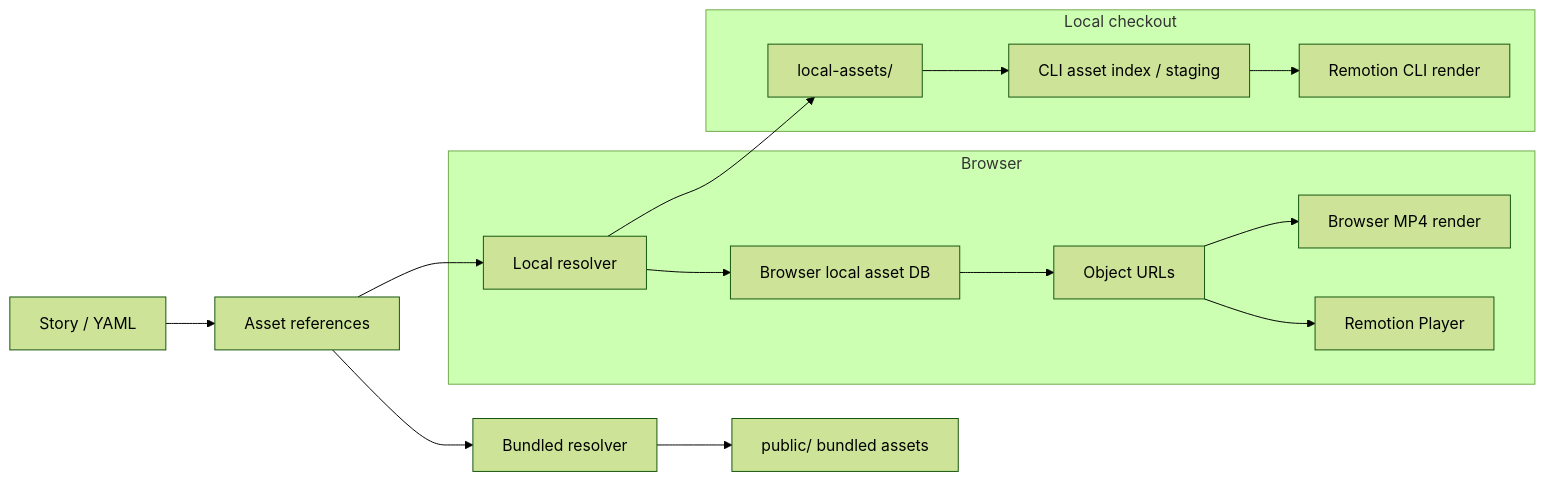
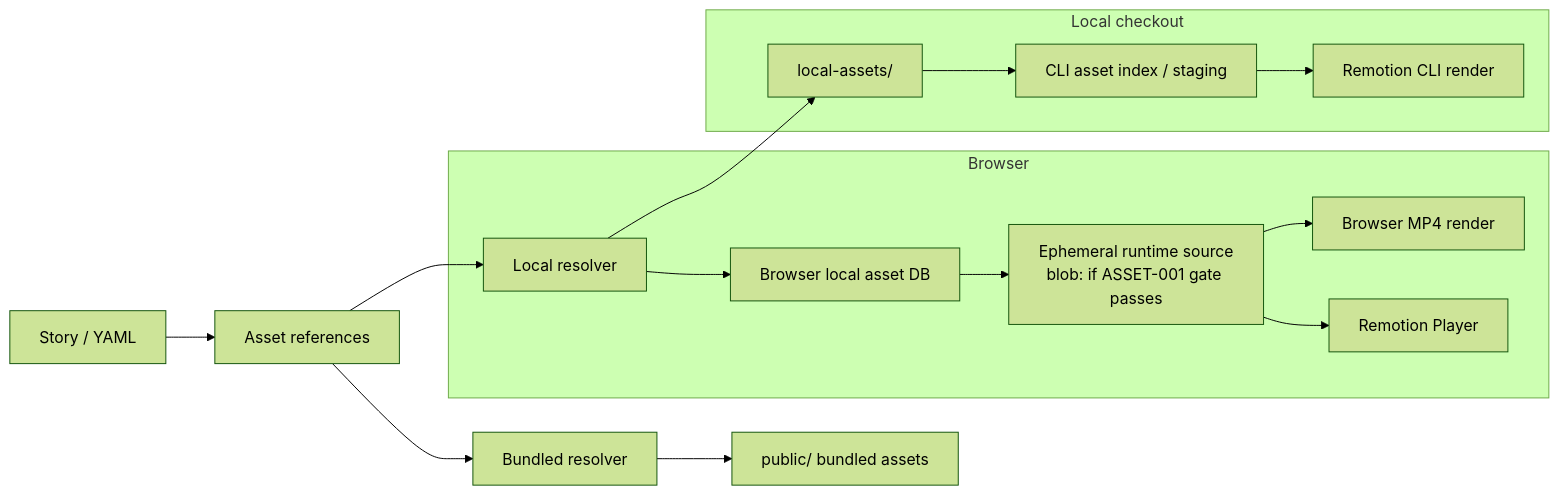
One commit to juanse-dev/tora-video-engine changed the diagram in docs/assets/README.md. Above: the diagram before and after it, drawn with Mermaid (forest theme). The commit also changed other lines of this file, not shown here.

Commit message:
docs: make browser asset transport gate-dependent

```diff
--- a/docs/assets/README.md
+++ b/docs/assets/README.md
@@ -54,22 +54,22 @@
 ~~~mermaid
 flowchart LR
     Y[Story / YAML] --> R[Asset references]
 
     R --> B[Bundled resolver]
     R --> L[Local resolver]
 
     B --> P[public/ bundled assets]
 
     subgraph Browser
       L --> DB[Browser local asset DB]
-      DB --> U[Object URLs]
+      DB --> U[Ephemeral runtime source<br/>blob: if ASSET-001 gate passes]
       U --> Player[Remotion Player]
       U --> WebRender[Browser MP4 render]
     end
 
     subgraph Local checkout
       L --> F[local-assets/]
       F --> C[CLI asset index / staging]
       C --> CliRender[Remotion CLI render]
     end
 ~~~
```
